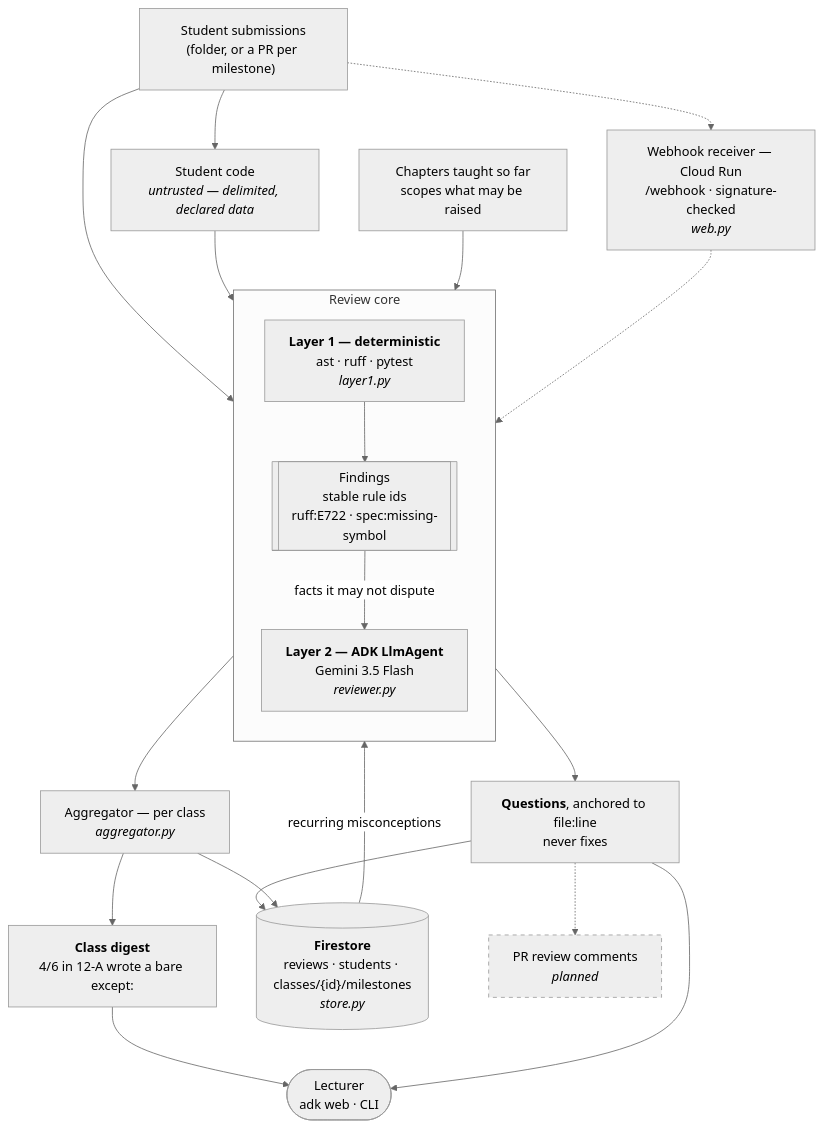
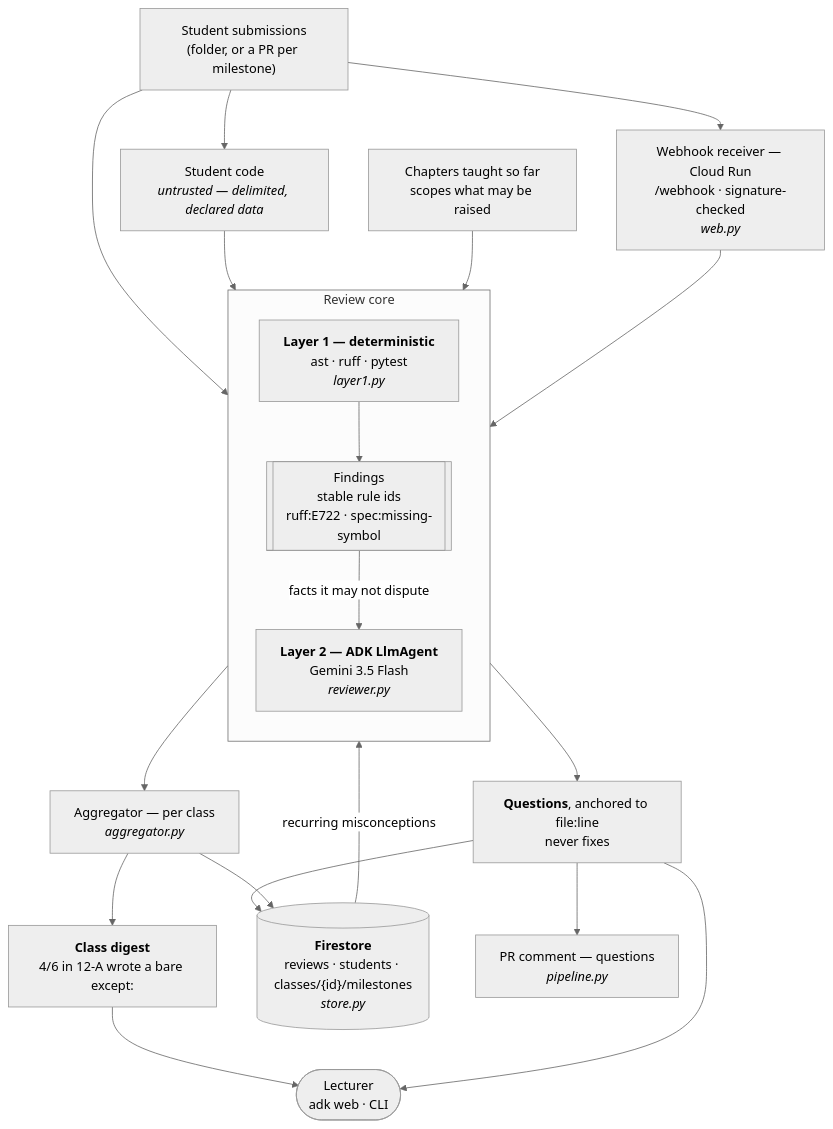
The diagram in README.md (kbatya/co-lectr), drawn with Mermaid (neutral theme) before and after one commit. The commit also changed other lines of this file and 1 other file, not shown here.

First line of the commit message:
Delivery path verified live: a PR comes back with questions

````diff
--- a/README.md
+++ b/README.md
@@ -47,38 +47,35 @@
 ```mermaid
 flowchart TD
     SUB["Student submissions<br/>(folder, or a PR per milestone)"]
 
     subgraph CORE["Review core"]
         direction TB
         L1["<b>Layer 1 — deterministic</b><br/>ast · ruff · pytest<br/><i>layer1.py</i>"]
         FACTS[["Findings<br/>stable rule ids<br/>ruff:E722 · spec:missing-symbol"]]
         L2["<b>Layer 2 — ADK LlmAgent</b><br/>Gemini 3.5 Flash<br/><i>reviewer.py</i>"]
         L1 --> FACTS
         FACTS -- "facts it may not dispute" --> L2
     end
 
     CTX["Chapters taught so far<br/>scopes what may be raised"]
     CODE["Student code<br/><i>untrusted — delimited, declared data</i>"]
 
     SUB --> L1
     SUB --> CODE
     CODE --> L2
     CTX --> L2
 
     L2 --> Q["<b>Questions</b>, anchored to file:line<br/>never fixes"]
     FACTS --> AGG["Aggregator — per class<br/><i>aggregator.py</i>"]
     AGG --> DIG["<b>Class digest</b><br/>4/6 in 12-A wrote a bare except:"]
 
     Q --> FS[("<b>Firestore</b><br/>reviews · students · classes/{id}/milestones<br/><i>store.py</i>")]
     AGG --> FS
     FS -- "recurring misconceptions" --> L2
 
     DIG --> LEC(["Lecturer<br/>adk web · CLI"])
     Q --> LEC
-    Q -.-> PRC["PR review comments<br/><i>planned</i>"]
-    SUB -.-> WH["Webhook receiver — Cloud Run<br/>/webhook · signature-checked<br/><i>web.py</i>"]
-    WH -.-> L1
-
-    classDef planned stroke-dasharray: 5 5
-    class PRC planned
+    Q --> PRC["PR comment — questions<br/><i>pipeline.py</i>"]
+    SUB --> WH["Webhook receiver — Cloud Run<br/>/webhook · signature-checked<br/><i>web.py</i>"]
+    WH --> L1
 ```
````
